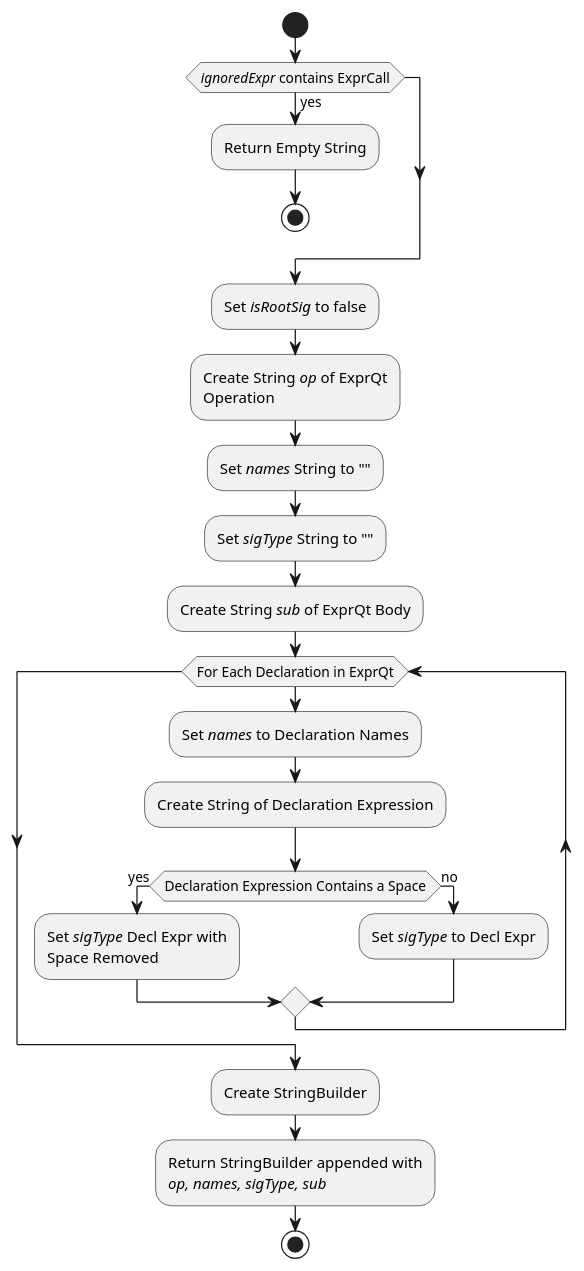
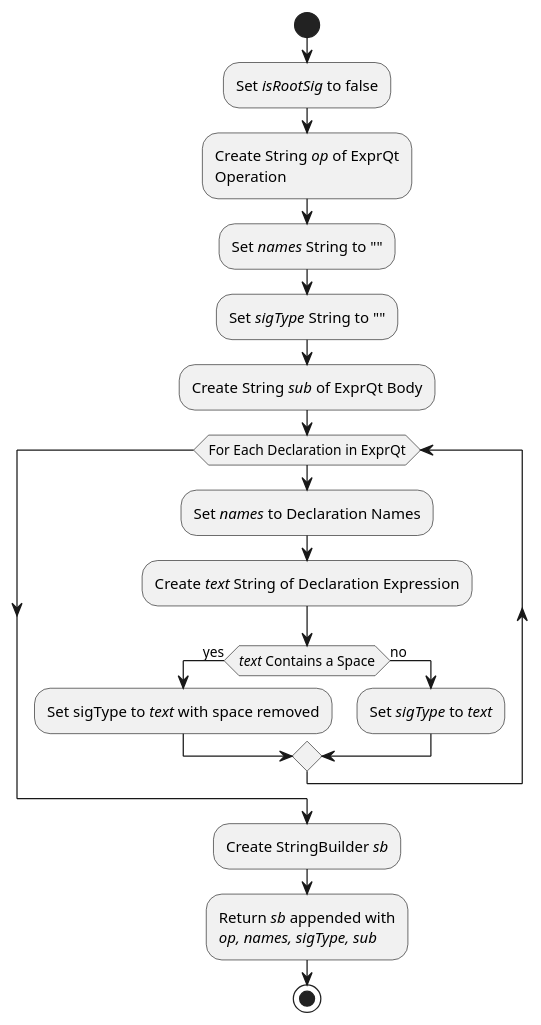
One commit to ontological-behavior-modeling/tester changed the diagram in src/main/javadoc/edu/gatech/gtri/obm/alloy/translator/doc-files/ExprVisitor_visitExprQt.puml. Above: the diagram before and after it, drawn with PlantUML. The commit also changed 12 other files, not shown here.

```diff
--- a/src/main/javadoc/edu/gatech/gtri/obm/alloy/translator/doc-files/ExprVisitor_visitExprQt.puml
+++ b/src/main/javadoc/edu/gatech/gtri/obm/alloy/translator/doc-files/ExprVisitor_visitExprQt.puml
@@ -1,27 +1,22 @@
 @startuml
 start
-if(//ignoredExpr// contains ExprCall) then (yes)
-:Return Empty String;
-stop
-endif
 :Set //isRootSig// to false;
 :Create String //op// of ExprQt
 Operation;
 :Set //names// String to "";
 :Set //sigType// String to "";
 :Create String //sub// of ExprQt Body;
 while(For Each Declaration in ExprQt)
 :Set //names// to Declaration Names;
-:Create String of Declaration Expression;
-if(Declaration Expression Contains a Space) then (yes)
-:Set //sigType// Decl Expr with 
-Space Removed;
+:Create //text// String of Declaration Expression;
+if(//text// Contains a Space) then (yes)
+:Set sigType to //text// with space removed;
 else (no)
-:Set //sigType// to Decl Expr;
+:Set //sigType// to //text//;
 endif
 endwhile
-:Create StringBuilder;
-:Return StringBuilder appended with 
+:Create StringBuilder //sb//;
+:Return //sb// appended with 
 //op, names, sigType, sub//;
 stop
 @enduml
```
